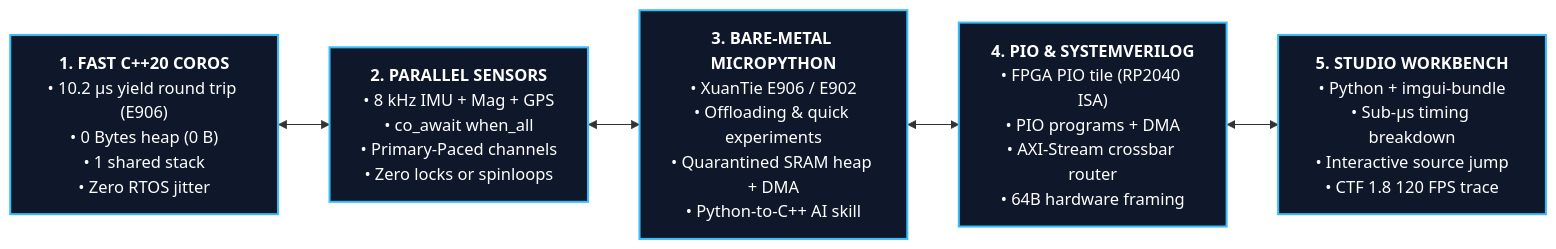
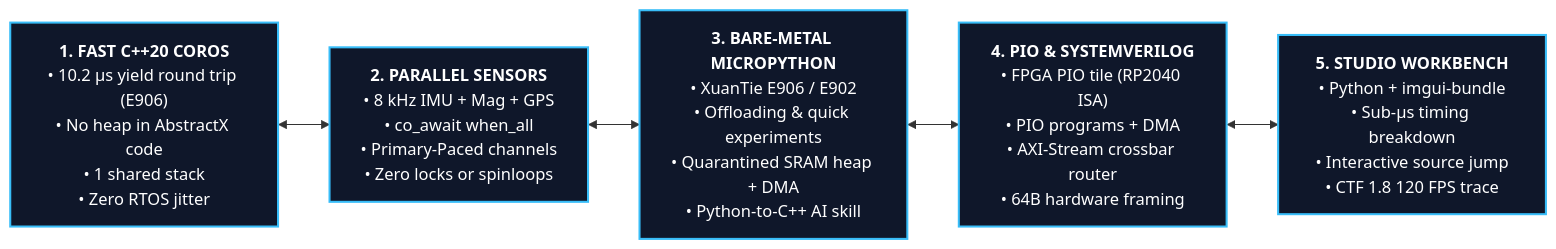
The diagram in README.md (tcmichals/AbstractX), drawn with Mermaid before and after one commit. The commit also changed other lines of this file and 18 other files, not shown here.

````diff
--- a/README.md
+++ b/README.md
@@ -66,12 +66,12 @@
 ```mermaid
 flowchart LR
-    A["<b>1. FAST C++20 COROS</b><br/>• 10.2 µs yield round trip (E906)<br/>• 0 Bytes heap (0 B)<br/>• 1 shared stack<br/>• Zero RTOS jitter"]
+    A["<b>1. FAST C++20 COROS</b><br/>• 10.2 µs yield round trip (E906)<br/>• No heap in AbstractX code<br/>• 1 shared stack<br/>• Zero RTOS jitter"]
     B["<b>2. PARALLEL SENSORS</b><br/>• 8 kHz IMU + Mag + GPS<br/>• co_await when_all<br/>• Primary-Paced channels<br/>• Zero locks or spinloops"]
     C["<b>3. BARE-METAL MICROPYTHON</b><br/>• XuanTie E906 / E902<br/>• Offloading & quick experiments<br/>• Quarantined SRAM heap + DMA<br/>• Python-to-C++ AI skill"]
     D["<b>4. PIO & SYSTEMVERILOG</b><br/>• FPGA PIO tile (RP2040 ISA)<br/>• PIO programs + DMA<br/>• AXI-Stream crossbar router<br/>• 64B hardware framing"]
     E["<b>5. STUDIO WORKBENCH</b><br/>• Python + imgui-bundle<br/>• Sub-µs timing breakdown<br/>• Interactive source jump<br/>• CTF 1.8 120 FPS trace"]
 
     A <--> B <--> C <--> D <--> E
     classDef col fill:#0f172a,stroke:#38bdf8,stroke-width:2px,color:#ffffff;
     class A,B,C,D,E col;
 ```
````
